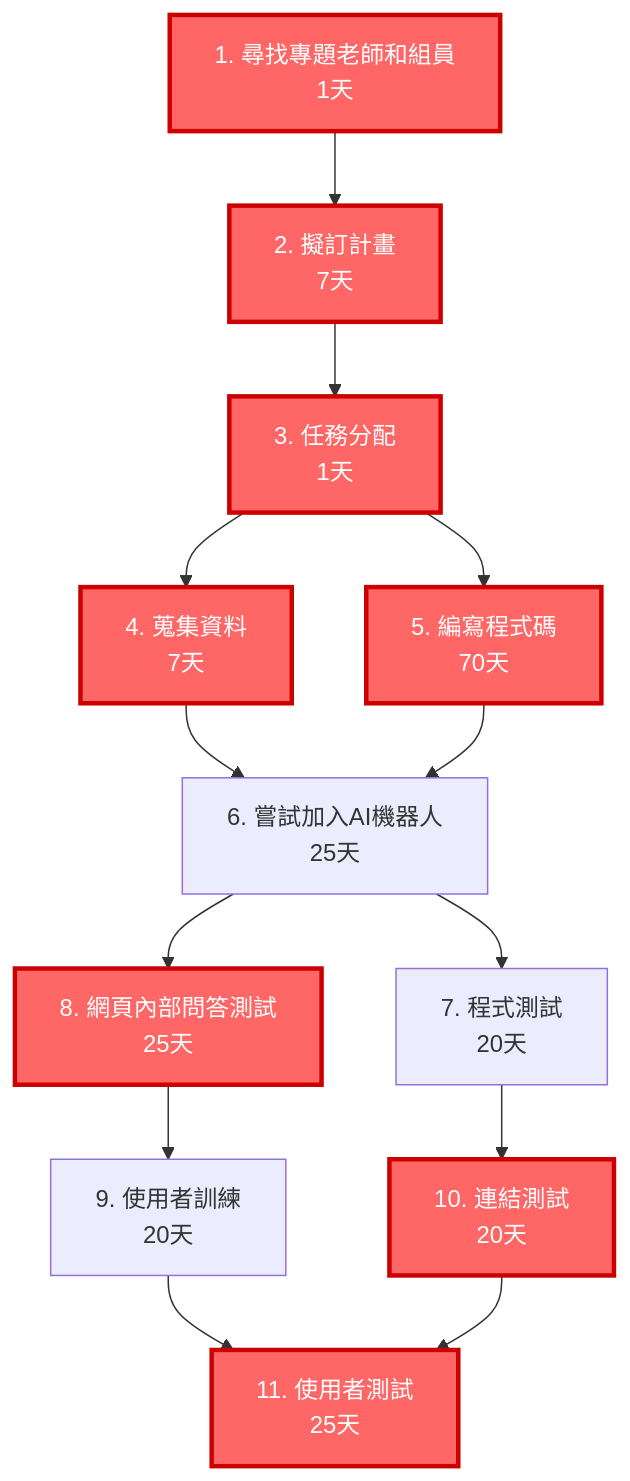
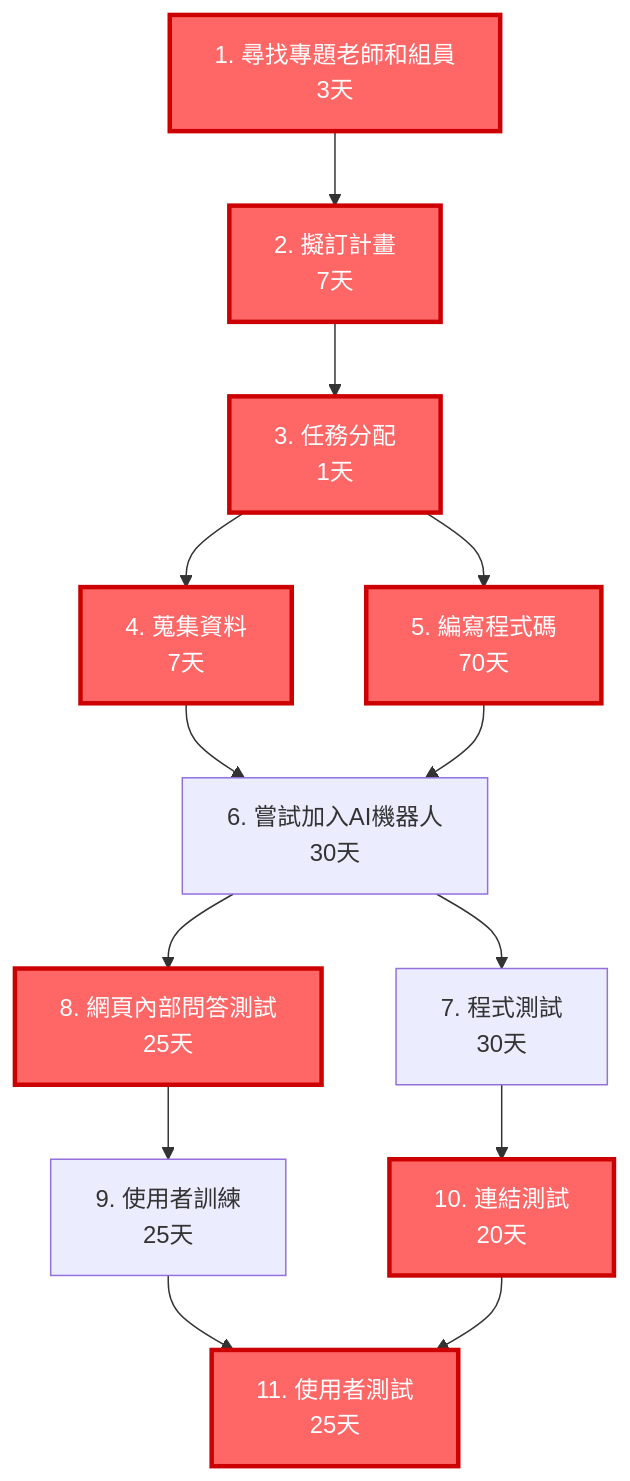
Before and after one commit to c112118202-droid/-: the first of 3 diagrams in hw2.md, drawn with Mermaid.

````diff
--- a/hw2.md
+++ b/hw2.md
@@ -8,19 +8,19 @@
 ```mermaid
 graph TD
-    A[1. 尋找專題老師和組員<br/>1天] --> B[2. 擬訂計畫<br/>7天]
+    A[1. 尋找專題老師和組員<br/>3天] --> B[2. 擬訂計畫<br/>7天]
     B --> C[3. 任務分配<br/>1天]
     C --> D[4. 蒐集資料<br/>7天]
     C --> E[5. 編寫程式碼<br/>70天]
     D --> G
-    E --> G[6. 嘗試加入AI機器人<br/>25天]
-    G --> H[7. 程式測試<br/>20天]
+    E --> G[6. 嘗試加入AI機器人<br/>30天]
+    G --> H[7. 程式測試<br/>30天]
     G --> I[8. 網頁內部問答測試<br/>25天]
-    I --> J[9. 使用者訓練<br/>20天]
+    I --> J[9. 使用者訓練<br/>25天]
     H --> K[10. 連結測試<br/>20天]
     J --> L[11. 使用者測試<br/>25天]
     K --> L
     
     class A,B,C,D,E,F,I,K,L critical
     classDef critical fill:#ff6666,stroke:#cc0000,stroke-width:3px,color:#ffffff;
     classDef normal fill:#f0f0f0,stroke:#333,stroke-width:2px,color:#000000;
 ```
````
